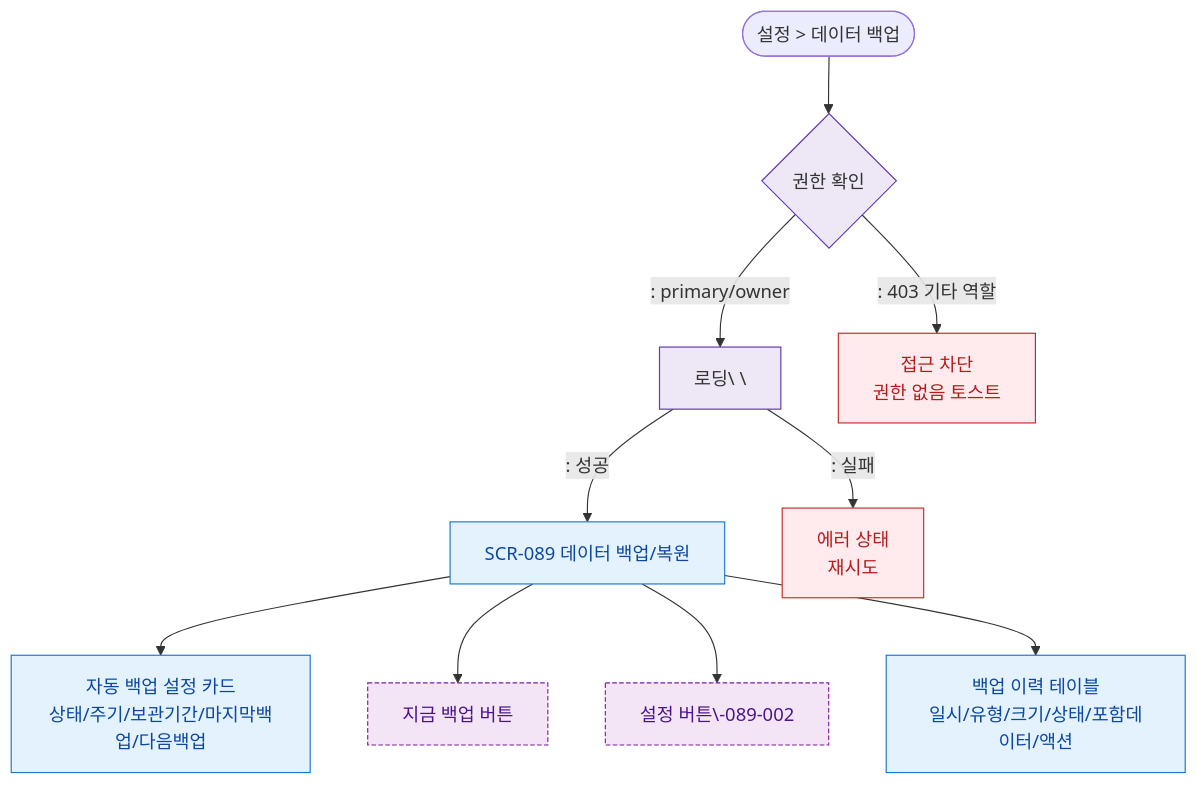
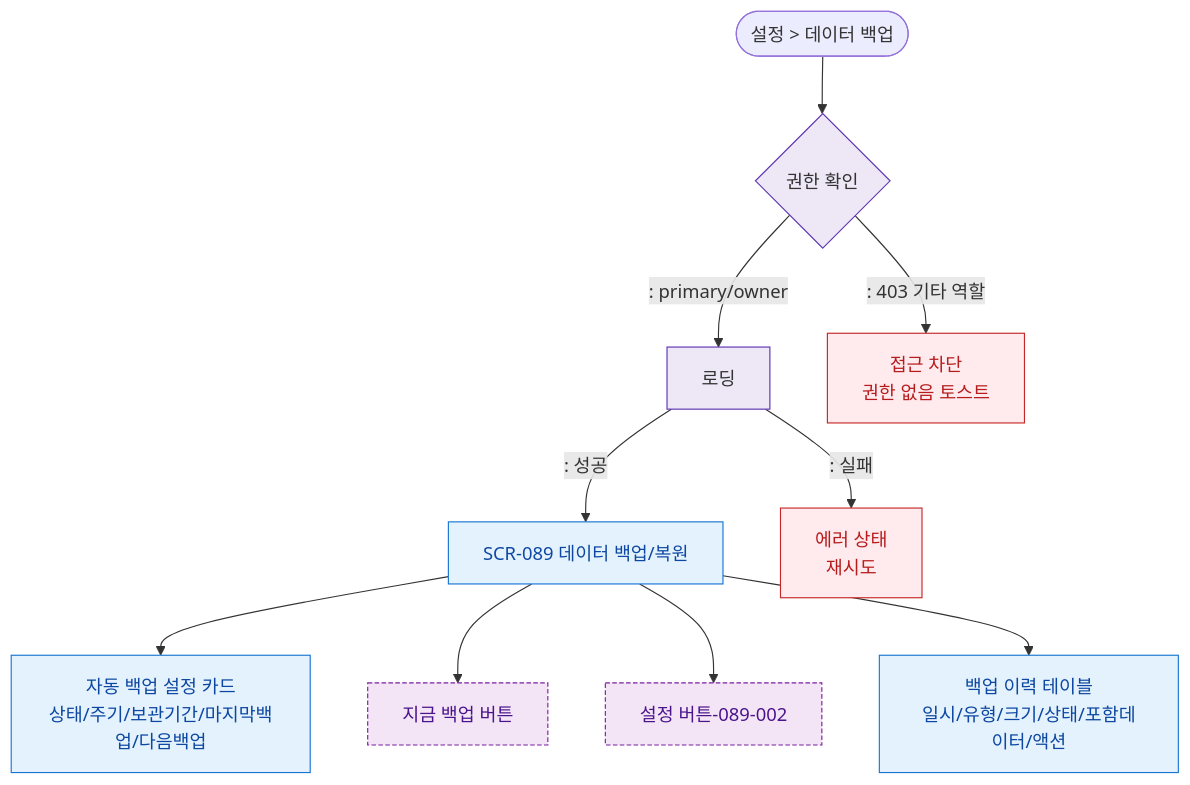
The diagram in docs/admin/다이어그램/D09_설정관리/SCR-089_데이터백업복원/F1_진입.md (dev-spogym/admin-pando), drawn with Mermaid before and after one commit. The commit also changed 369 other files, not shown here.

````diff
--- a/docs/admin/다이어그램/D09_설정관리/SCR-089_데이터백업복원/F1_진입.md
+++ b/docs/admin/다이어그램/D09_설정관리/SCR-089_데이터백업복원/F1_진입.md
@@ -12,23 +12,23 @@
 ```mermaid
 flowchart TD
     Sidebar([설정 > 데이터 백업]) --> Auth{권한 확인}
-    Auth -->|": primary/owner"|Loading[로딩\ \]
+    Auth -->|": primary/owner"|Loading[로딩]
     Auth -->|": 403 기타 역할"|Blocked[접근 차단\n권한 없음 토스트]
 
     Loading -->|": 성공"|SCR089[SCR-089 데이터 백업/복원\n]
     Loading -->|": 실패"|ErrorState[에러 상태\n재시도]
 
     SCR089 --> AutoBackupCard[자동 백업 설정 카드\n상태/주기/보관기간/마지막백업/다음백업]
     SCR089 --> BtnNowBackup[지금 백업 버튼]
-    SCR089 --> BtnSettings[설정 버튼\-089-002]
+    SCR089 --> BtnSettings[설정 버튼-089-002]
     SCR089 --> BackupHistory[백업 이력 테이블\n일시/유형/크기/상태/포함데이터/액션]
 
     classDef screen fill:#E3F2FD,stroke:#1976D2,color:#0D47A1
     classDef newFeature fill:#F3E5F5,stroke:#7B1FA2,color:#4A148C,stroke-dasharray:4 2
     classDef error fill:#FFEBEE,stroke:#C62828,color:#B71C1C
     classDef system fill:#EDE7F6,stroke:#5E35B2
     class SCR089,AutoBackupCard,BackupHistory screen
     class BtnNowBackup,BtnSettings newFeature
     class ErrorState,Blocked error
     class Loading,Auth system
 ```
````
